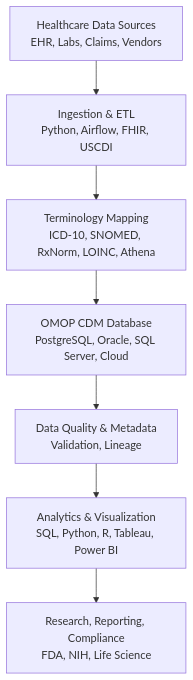
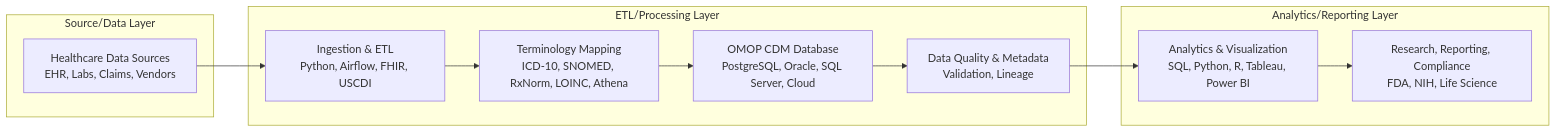
The diagram in docs/PROJECT_OVERVIEW.md (justin-mbca/omop-clinical-data-pipeline), drawn with Mermaid before and after one commit. The commit also changed other lines of this file, not shown here.

Commit message:
Update Data Workflow Diagram to show three separated architecture components

````diff
--- a/docs/PROJECT_OVERVIEW.md
+++ b/docs/PROJECT_OVERVIEW.md
@@ -17,12 +17,29 @@
 ```mermaid
-flowchart TD
-   S1[Healthcare Data Sources\nEHR, Labs, Claims, Vendors] 
-   E1[Ingestion & ETL\nPython, Airflow, FHIR, USCDI]
-   E2[Terminology Mapping\nICD-10, SNOMED, RxNorm, LOINC, Athena]
-   E3[OMOP CDM Database\nPostgreSQL, Oracle, SQL Server, Cloud]
-   E4[Data Quality & Metadata\nValidation, Lineage]
-   A1[Analytics & Visualization\nSQL, Python, R, Tableau, Power BI]
-   A2[Research, Reporting, Compliance\nFDA, NIH, Life Science]
+flowchart LR
+   %% Source/Data Layer
+   subgraph SOURCE[Source/Data Layer]
+      S1[Healthcare Data Sources\nEHR, Labs, Claims, Vendors]
+   end
 
-   S1 --> E1 --> E2 --> E3 --> E4 --> A1 --> A2
+   %% ETL/Processing Layer
+   subgraph ETL[ETL/Processing Layer]
+      E1[Ingestion & ETL\nPython, Airflow, FHIR, USCDI]
+      E2[Terminology Mapping\nICD-10, SNOMED, RxNorm, LOINC, Athena]
+      E3[OMOP CDM Database\nPostgreSQL, Oracle, SQL Server, Cloud]
+      E4[Data Quality & Metadata\nValidation, Lineage]
+   end
+
+   %% Analytics/Reporting Layer
+   subgraph ANALYTICS[Analytics/Reporting Layer]
+      A1[Analytics & Visualization\nSQL, Python, R, Tableau, Power BI]
+      A2[Research, Reporting, Compliance\nFDA, NIH, Life Science]
+   end
+
+   %% Workflow connections
+   S1 --> E1
+   E1 --> E2
+   E2 --> E3
+   E3 --> E4
+   E4 --> A1
+   A1 --> A2
 ```
````
